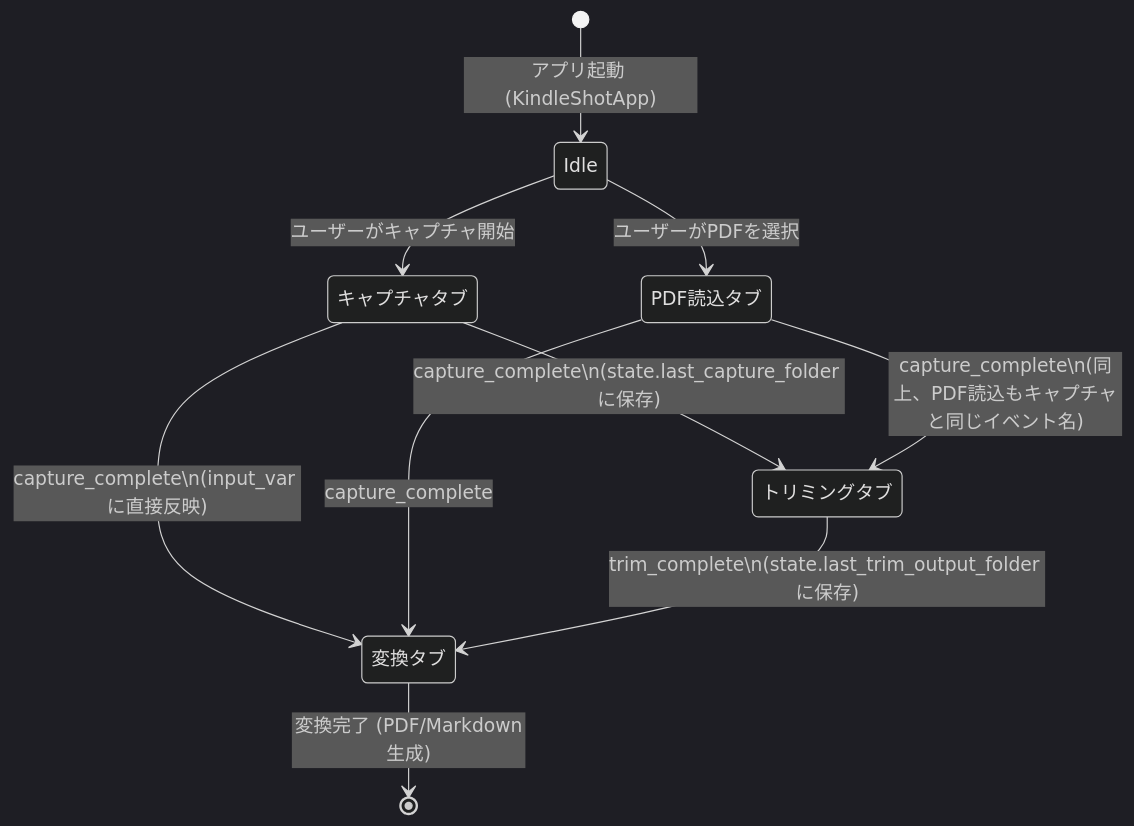
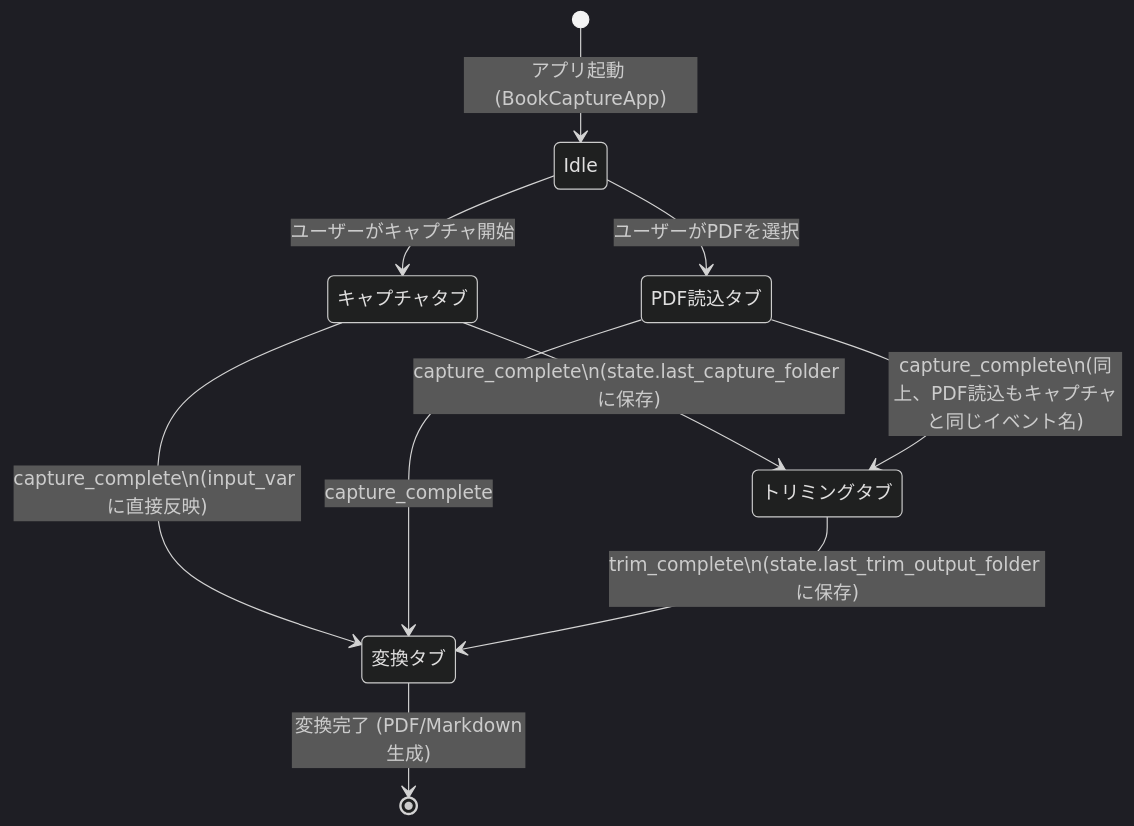
Before and after one commit to Hisao-Mizuochi-Develop/book2pdf: the diagram in docs/diagrams/state-transitions.md, drawn with Mermaid (dark theme). The commit also changed other lines of this file and 48 other files, not shown here.

Commit message:
Rename project from kindle2pdf to book2pdf

````diff
--- a/docs/diagrams/state-transitions.md
+++ b/docs/diagrams/state-transitions.md
@@ -5,21 +5,21 @@
 ```mermaid
 stateDiagram-v2
-    [*] --> Idle: アプリ起動 (KindleShotApp)
+    [*] --> Idle: アプリ起動 (BookCaptureApp)
 
     state "キャプチャタブ" as Capture
     state "PDF読込タブ" as PdfLoad
     state "トリミングタブ" as Trim
     state "変換タブ" as Convert
 
     Idle --> Capture: ユーザーがキャプチャ開始
     Idle --> PdfLoad: ユーザーがPDFを選択
 
     Capture --> Trim: capture_complete\n(state.last_capture_folder に保存)
     Capture --> Convert: capture_complete\n(input_var に直接反映)
     PdfLoad --> Trim: capture_complete\n(同上、PDF読込もキャプチャと同じイベント名)
     PdfLoad --> Convert: capture_complete
 
     Trim --> Convert: trim_complete\n(state.last_trim_output_folder に保存)
 
     Convert --> [*]: 変換完了 (PDF/Markdown生成)
 ```
````
